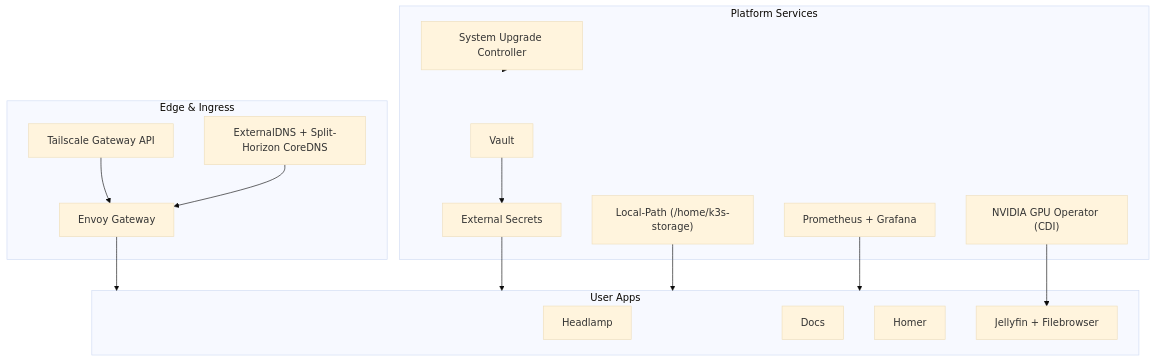
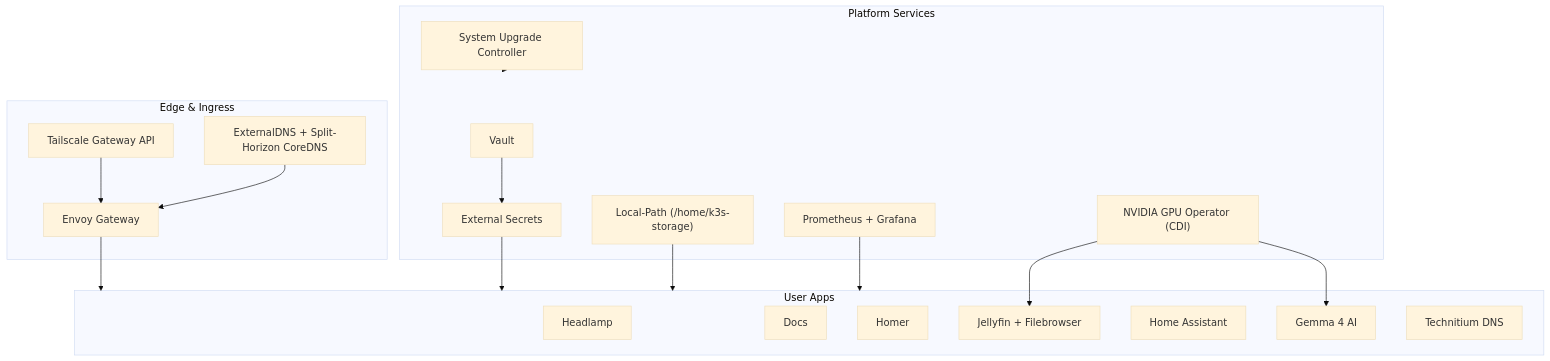
Before and after one commit to nsudhanva/homelab: the second of 4 diagrams in README.md, drawn with Mermaid (base theme). The commit also changed other lines of this file and 3 other files, not shown here.

````diff
--- a/README.md
+++ b/README.md
@@ -81,34 +83,38 @@
 ```mermaid
 flowchart TB
   subgraph Edge["Edge & Ingress"]
     Tailscale["Tailscale Gateway API"]
     Envoy["Envoy Gateway"]
     DNS["ExternalDNS + Split-Horizon CoreDNS"]
   end
 
   subgraph Platform["Platform Services"]
     Vault["Vault"]
     ESO["External Secrets"]
     Storage["Local-Path (/home/k3s-storage)"]
     Metrics["Prometheus + Grafana"]
     NVIDIA["NVIDIA GPU Operator (CDI)"]
     SUC["System Upgrade Controller"]
   end
 
   subgraph Apps["User Apps"]
     Headlamp["Headlamp"]
     Docs["Docs"]
     Homer["Homer"]
     Media["Jellyfin + Filebrowser"]
+    HA["Home Assistant"]
+    AI["Gemma 4 AI"]
+    DNSApp["Technitium DNS"]
   end
 
   Tailscale --> Envoy
   DNS --> Envoy
   Envoy --> Apps
   Vault --> ESO
   ESO --> Apps
   Storage --> Apps
   Metrics --> Apps
   NVIDIA --> Media
+  NVIDIA --> AI
   SUC --> Platform
 ```
````
